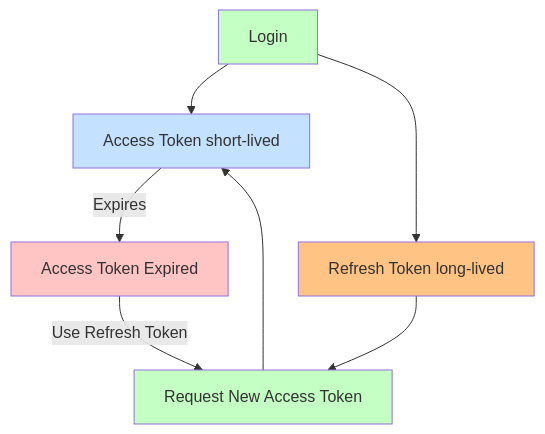
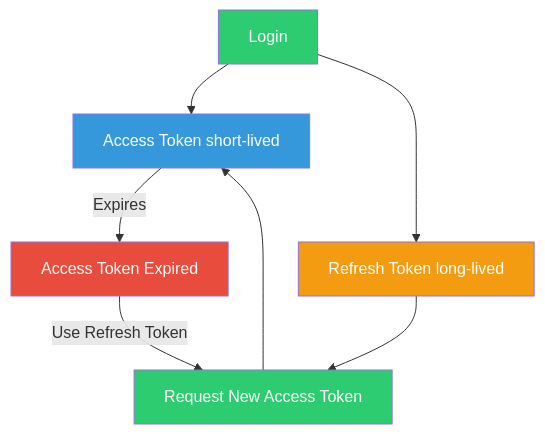
The fifth of 6 diagrams in Authenication/README.md (jtombo45/SeniorEngineerRoadmap), drawn with Mermaid before and after one commit. The commit also changed other lines of this file, not shown here.

Commit message:
updated diagram color for better contrast

````diff
--- a/Authenication/README.md
+++ b/Authenication/README.md
@@ -314,15 +314,15 @@
 ```mermaid
 flowchart TD
     A[Login] --> B[Access Token short-lived]
     A --> C[Refresh Token long-lived]
     B -->|Expires| D[Access Token Expired]
     D -->|Use Refresh Token| E[Request New Access Token]
     C --> E
     E --> B
     
-    style A fill:#c4ffc4
-    style B fill:#c4e1ff
-    style C fill:#ffc484
-    style D fill:#ffc4c4
-    style E fill:#c4ffc4
+    style A fill:#2ECC71,color:#fff
+    style B fill:#3498DB,color:#fff
+    style C fill:#F39C12,color:#fff
+    style D fill:#E74C3C,color:#fff
+    style E fill:#2ECC71,color:#fff
 ```
````
